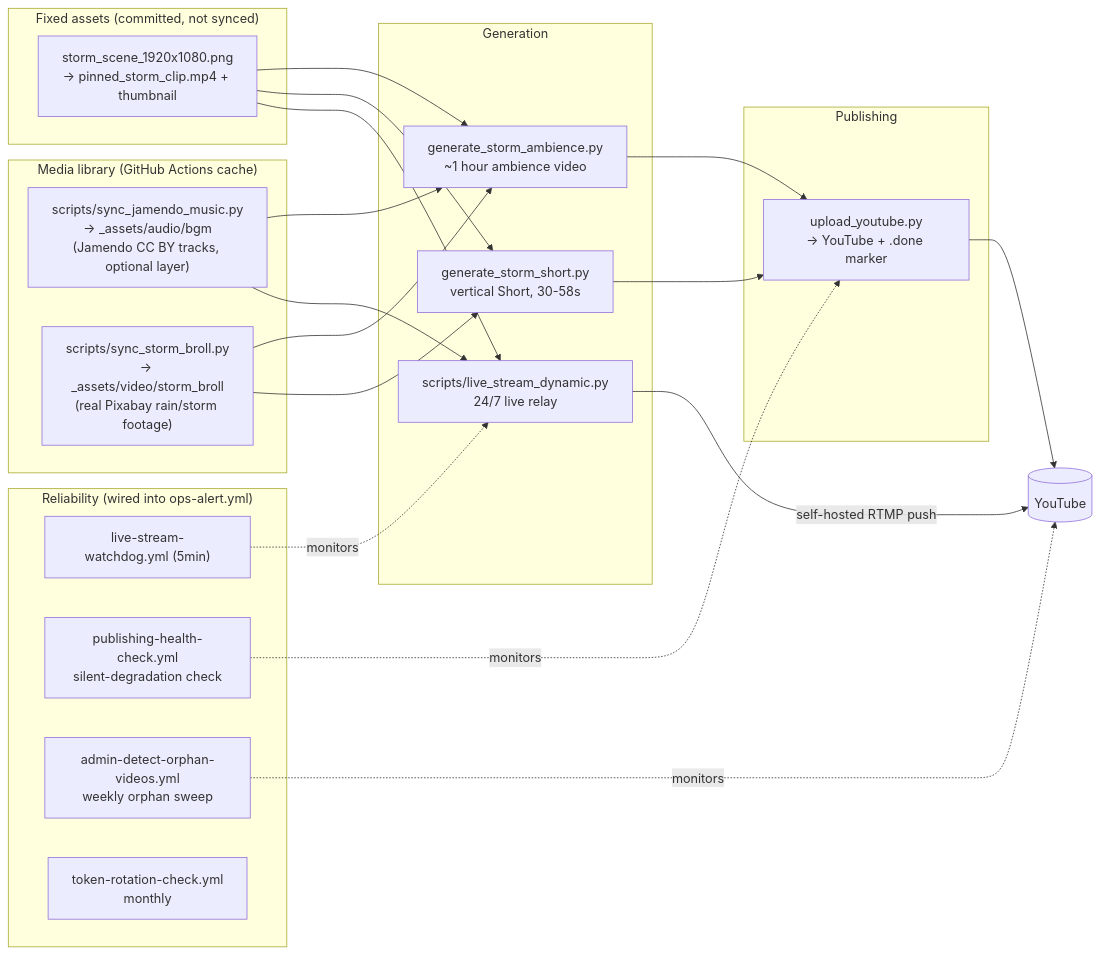
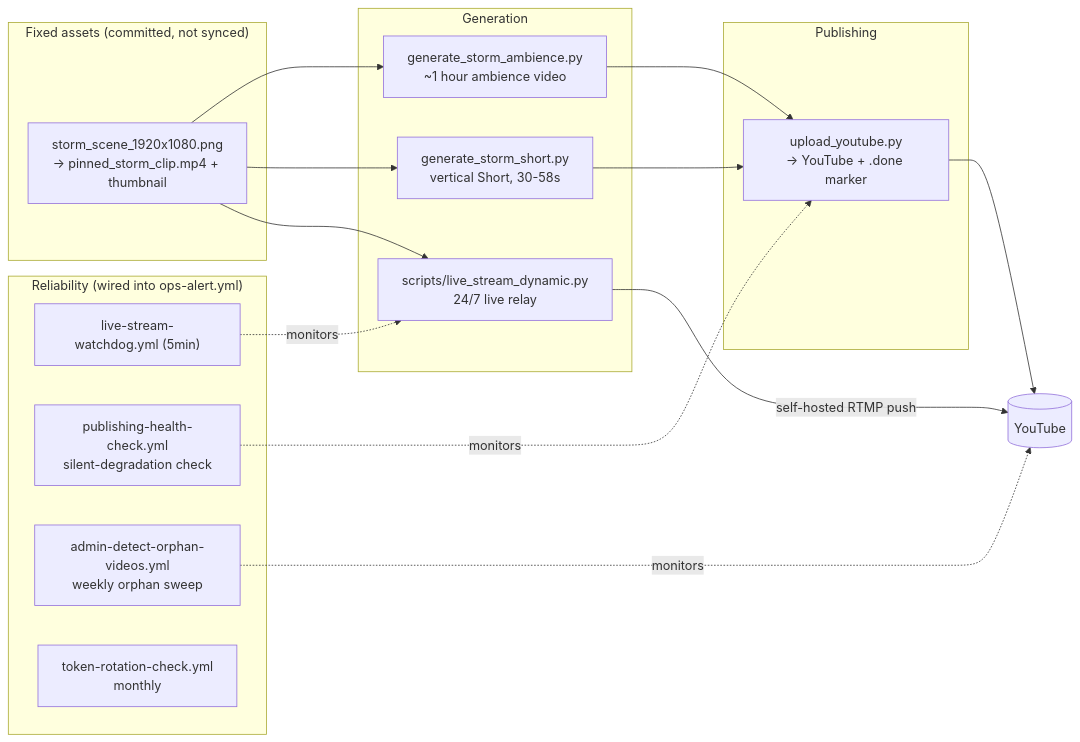
The diagram in README.md (non-s/non-s.github.io), drawn with Mermaid before and after one commit. The commit also changed other lines of this file and 18 other files, not shown here.

First line of the commit message:
Remove Jamendo entirely -- pure synthesized rain and thunder only

````diff
--- a/README.md
+++ b/README.md
@@ -99,43 +98,34 @@
 ```mermaid
 flowchart LR
     subgraph Fixed["Fixed assets (committed, not synced)"]
         brandStorm["storm_scene_1920x1080.png<br/>-> pinned_storm_clip.mp4 + thumbnail"]
-    end
-
-    subgraph Sync["Media library (GitHub Actions cache)"]
-        bgm["scripts/sync_jamendo_music.py<br/>-> _assets/audio/bgm<br/>(Jamendo CC BY tracks, optional layer)"]
-        broll["scripts/sync_storm_broll.py<br/>-> _assets/video/storm_broll<br/>(real Pixabay rain/storm footage)"]
     end
 
     subgraph Generate["Generation"]
         long["generate_storm_ambience.py<br/>~1 hour ambience video"]
         short["generate_storm_short.py<br/>vertical Short, 30-58s"]
         live["scripts/live_stream_dynamic.py<br/>24/7 live relay"]
     end
 
     subgraph Publish["Publishing"]
         upload["upload_youtube.py<br/>-> YouTube + .done marker"]
     end
 
     subgraph Reliability["Reliability (wired into ops-alert.yml)"]
         watchdogs["live-stream-watchdog.yml (5min)"]
         health["publishing-health-check.yml<br/>silent-degradation check"]
         orphans["admin-detect-orphan-videos.yml<br/>weekly orphan sweep"]
         rotation["token-rotation-check.yml<br/>monthly"]
     end
 
     brandStorm --> long
     brandStorm --> short
     brandStorm --> live
-    broll --> long
-    broll --> short
-    bgm --> long
-    bgm --> live
     long --> upload
     short --> upload
     live -->|self-hosted RTMP push| YouTube[(YouTube)]
     upload --> YouTube
     watchdogs -.monitors.-> live
     health -.monitors.-> upload
     orphans -.monitors.-> YouTube
 ```
````
